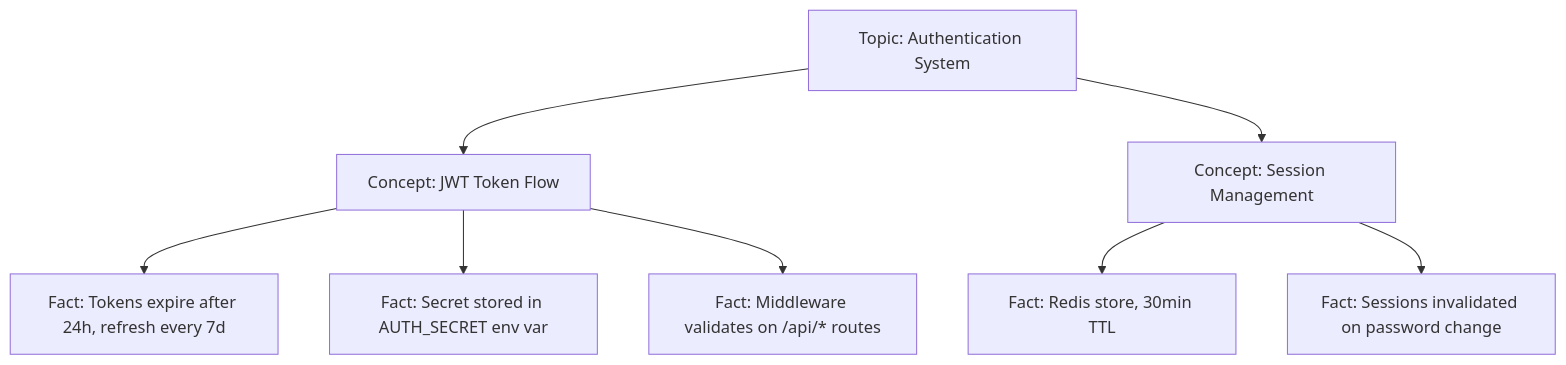
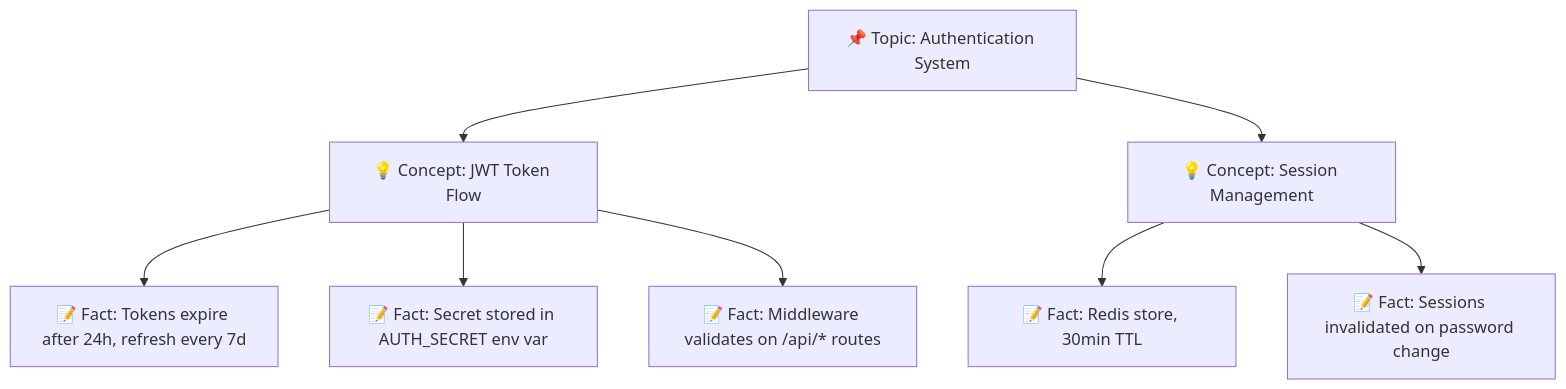
One commit to SalvucciFacundo/gaia changed the second of 2 diagrams in docs/token-efficiency.md. Above: the diagram before and after it, drawn with Mermaid. The commit also changed other lines of this file and 5 other files, not shown here.

Commit message:
docs: add website & docs portal badges, live callout, and Mermaid diagrams

````diff
--- a/docs/token-efficiency.md
+++ b/docs/token-efficiency.md
@@ -78,13 +77,24 @@
 ```mermaid
 graph TD
-    Topic["Topic: Authentication System"]
+    Topic["📌 Topic: Authentication System"]
     
-    Topic --> C1["Concept: JWT Token Flow"]
-    C1 --> F1["Fact: Tokens expire after 24h, refresh every 7d"]
-    C1 --> F2["Fact: Secret stored in AUTH_SECRET env var"]
-    C1 --> F3["Fact: Middleware validates on /api/* routes"]
+    C1["💡 Concept: JWT Token Flow"]
+    C2["💡 Concept: Session Management"]
     
-    Topic --> C2["Concept: Session Management"]
-    C2 --> F4["Fact: Redis store, 30min TTL"]
-    C2 --> F5["Fact: Sessions invalidated on password change"]
+    F1["📝 Fact: Tokens expire after 24h, refresh every 7d"]
+    F2["📝 Fact: Secret stored in AUTH_SECRET env var"]
+    F3["📝 Fact: Middleware validates on /api/* routes"]
+    
+    F4["📝 Fact: Redis store, 30min TTL"]
+    F5["📝 Fact: Sessions invalidated on password change"]
+    
+    Topic --> C1
+    Topic --> C2
+    
+    C1 --> F1
+    C1 --> F2
+    C1 --> F3
+    
+    C2 --> F4
+    C2 --> F5
 ```
````
